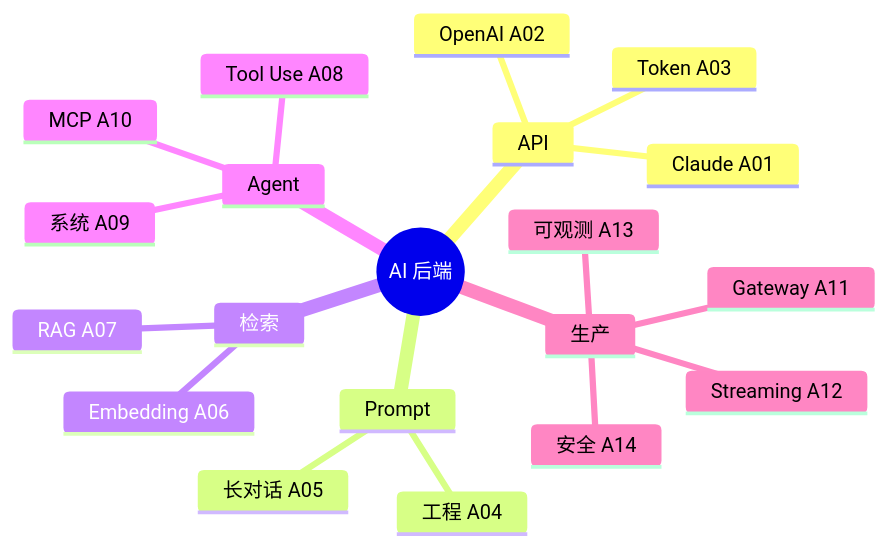
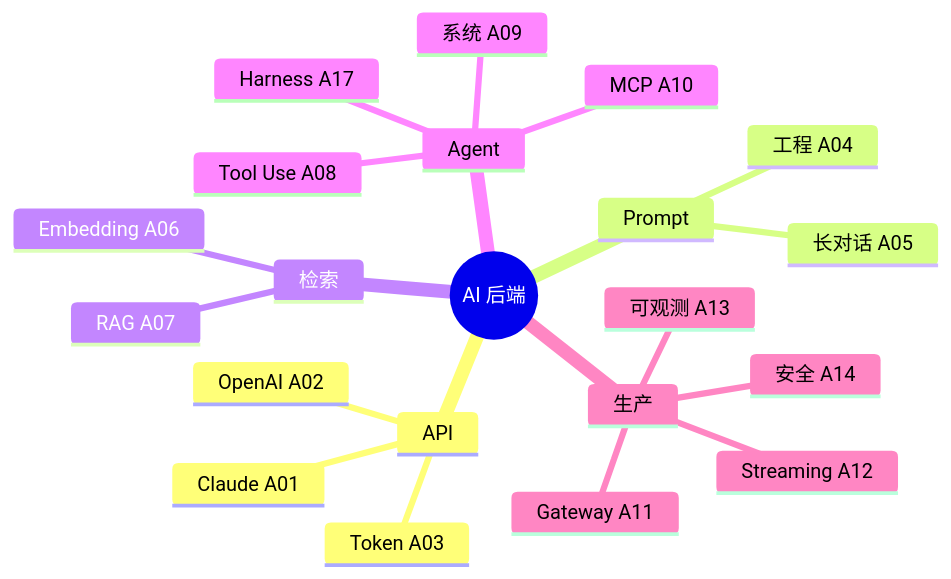
Diagram 16 of 17 in ai-backend/ROADMAP.md (Kirby980/backend-handbook), drawn with Mermaid before and after one commit. The commit also changed other lines of this file and 16 other files, not shown here.

````diff
--- a/ai-backend/ROADMAP.md
+++ b/ai-backend/ROADMAP.md
@@ -283,23 +319,24 @@
 ```mermaid
 mindmap
   root((AI 后端))
     API
       Claude A01
       OpenAI A02
       Token A03
     Prompt
       工程 A04
       长对话 A05
     检索
       Embedding A06
       RAG A07
     Agent
       Tool Use A08
       系统 A09
       MCP A10
+      Harness A17
     生产
       Gateway A11
       Streaming A12
       可观测 A13
       安全 A14
 ```
````
